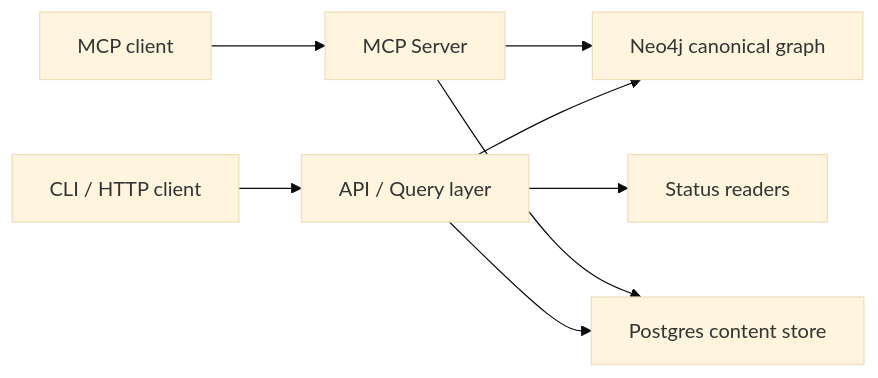
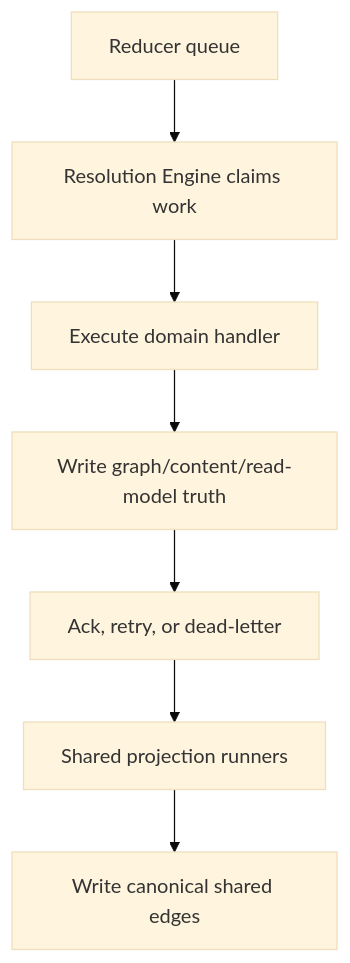
The second of 5 diagrams in docs/public/reference/service-workflows.md (eshu-hq/eshu), drawn with Mermaid (base theme) before and after one commit. The commit also changed other lines of this file and 5 other files, not shown here.

````diff
--- a/docs/public/reference/service-workflows.md
+++ b/docs/public/reference/service-workflows.md
@@ -86,10 +55,9 @@
 ```mermaid
-flowchart LR
-  A["CLI / HTTP client"] --> B["API / Query layer"]
-  F["MCP client"] --> G["MCP Server"]
-  B --> C["Neo4j canonical graph"]
-  B --> D["Postgres content store"]
-  B --> E["Status readers"]
-  G --> C
-  G --> D
+flowchart TD
+  A["Reducer queue"] --> B["Resolution Engine claims work"]
+  B --> C["Execute domain handler"]
+  C --> D["Write graph/content/read-model truth"]
+  D --> E["Ack, retry, or dead-letter"]
+  E --> F["Shared projection runners"]
+  F --> G["Write canonical shared edges"]
 ```
````
